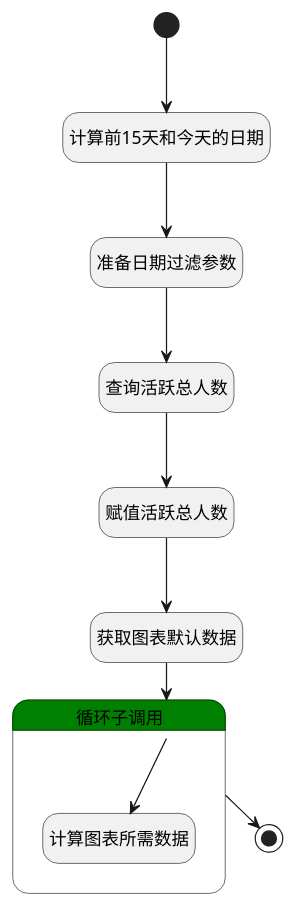
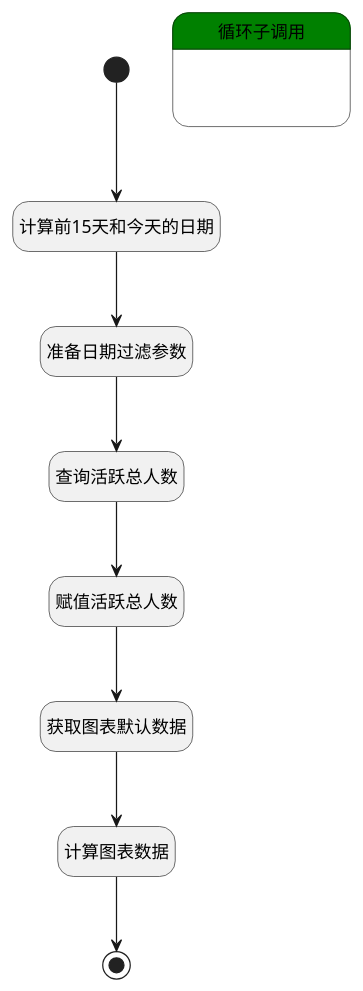
The diagram in doc/docsify/module/Base/login_log/logic/calc_active_chart_datas.md (iBizLab/plm), drawn with PlantUML before and after one commit. The commit also changed other lines of this file and 1473 other files, not shown here.

````diff
--- a/doc/docsify/module/Base/login_log/logic/calc_active_chart_datas.md
+++ b/doc/docsify/module/Base/login_log/logic/calc_active_chart_datas.md
@@ -7,34 +7,34 @@
 ```plantuml
 @startuml
 hide empty description
 <style>
 root {
   HyperlinkColor #42b983
 }
 </style>
 
 hide empty description
 state "开始" as Begin <<start>> [[$./calc_active_chart_datas#begin {"开始"}]]
 state "计算前15天和今天的日期" as RAWSFCODE1  [[$./calc_active_chart_datas#rawsfcode1 {"计算前15天和今天的日期"}]]
 state "准备日期过滤参数" as PREPAREPARAM1  [[$./calc_active_chart_datas#prepareparam1 {"准备日期过滤参数"}]]
 state "查询活跃总人数" as DEDATASET2  [[$./calc_active_chart_datas#dedataset2 {"查询活跃总人数"}]]
 state "赋值活跃总人数" as PREPAREPARAM2  [[$./calc_active_chart_datas#prepareparam2 {"赋值活跃总人数"}]]
 state "获取图表默认数据" as DEDATASET1  [[$./calc_active_chart_datas#dedataset1 {"获取图表默认数据"}]]
+state "计算图表数据" as RAWSFCODE_01  [[$./calc_active_chart_datas#rawsfcode_01 {"计算图表数据"}]]
 state "结束" as END1 <<end>> [[$./calc_active_chart_datas#end1 {"结束"}]]
 state "循环子调用" as LOOPSUBCALL1  [[$./calc_active_chart_datas#loopsubcall1 {"循环子调用"}]] #green {
 state "计算图表所需数据" as RAWSFCODE2  [[$./calc_active_chart_datas#rawsfcode2 {"计算图表所需数据"}]]
 }
 
 
 Begin --> RAWSFCODE1
 RAWSFCODE1 --> PREPAREPARAM1
 PREPAREPARAM1 --> DEDATASET2
 DEDATASET2 --> PREPAREPARAM2
 PREPAREPARAM2 --> DEDATASET1
-DEDATASET1 --> LOOPSUBCALL1
-LOOPSUBCALL1 --> RAWSFCODE2
-LOOPSUBCALL1 --> END1
+DEDATASET1 --> RAWSFCODE_01
+RAWSFCODE_01 --> END1
 
 
 @enduml
 ```
````
